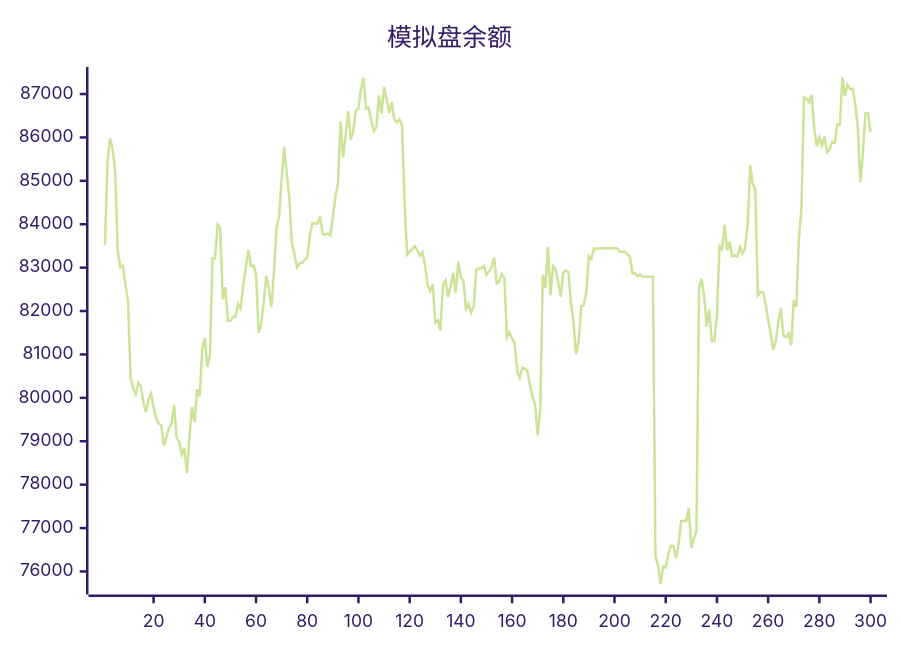
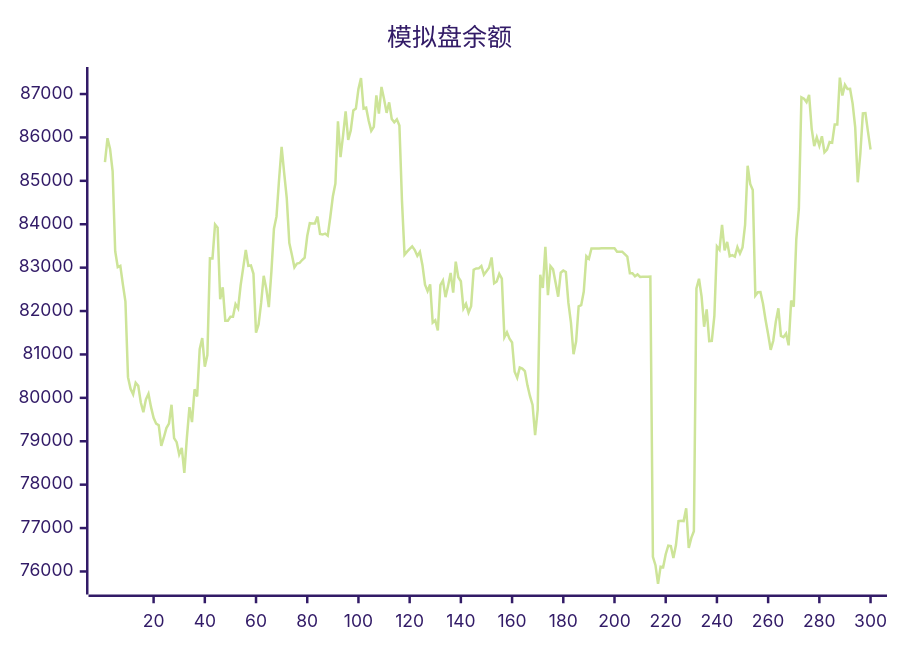
The diagram in README.md (aahl/ai-trading), drawn with Mermaid (forest theme) before and after one commit. The commit also changed other lines of this file and 1 other file, not shown here.

````diff
--- a/README.md
+++ b/README.md
@@ -5,5 +5,5 @@
 ```mermaid
 xychart
     title "模拟盘余额"
-    line [83525,85430,85983,85737,85221,83378,83014,83043,82613,82216,80477,80208,80081,80348,80277,79894,79670,79965,80093,79786,79542,79406,79371,78893,79087,79304,79406,79841,79072,78978,78696,78846,78272,79085,79787,79442,80198,80031,81120,81379,80718,80985,83214,83212,83993,83921,82270,82547,81776,81776,81866,81866,82158,82061,82596,83000,83408,83041,83050,82858,81503,81691,82188,82812,82517,82092,82901,83898,84180,85030,85781,85178,84604,83569,83298,83008,83093,83107,83175,83228,83729,84025,84017,84019,84177,83775,83762,83785,83738,84160,84639,84939,86370,85548,86046,86599,85942,86161,86622,86664,87115,87369,86666,86685,86384,86152,86243,86969,86548,87164,86885,86566,86809,86427,86348,86417,86273,84538,83299,83369,83430,83490,83404,83270,83362,83056,82605,82459,82614,81734,81788,81551,82598,82702,82320,82580,82878,82426,83139,82778,82686,82056,82166,81963,82110,82951,82983,82984,83038,82838,82915,82998,83235,82642,82682,82858,82746,81396,81512,81362,81277,80600,80461,80699,80673,80616,80288,80038,79836,79142,79722,82837,82533,83480,82366,83032,82960,82654,82330,82883,82934,82901,82188,81728,81005,81298,82110,82135,82449,83264,83203,83440,83439,83440,83440,83446,83447,83448,83447,83448,83449,83369,83369,83369,83313,83256,82872,82873,82801,82844,82785,82791,82791,82793,82794,76339,76145,75714,76110,76096,76397,76594,76585,76310,76607,77160,77170,77160,77456,76541,76774,76927,82520,82744,82337,81639,82040,81307,81314,81887,83490,83414,83984,83396,83594,83261,83287,83253,83470,83327,83465,83987,85348,84930,84786,82355,82433,82438,82167,81795,81466,81105,81315,81756,82064,81426,81398,81481,81210,82242,82099,83658,84359,86925,86892,86814,86980,86203,85802,86003,85811,86028,85657,85721,85896,85880,86300,86299,87378,86965,87214,87115,87118,86780,86238,84966,85623,86555,86562,86129]
+    line [85430,85983,85737,85221,83378,83014,83043,82613,82216,80477,80208,80081,80348,80277,79894,79670,79965,80093,79786,79542,79406,79371,78893,79087,79304,79406,79841,79072,78978,78696,78846,78272,79085,79787,79442,80198,80031,81120,81379,80718,80985,83214,83212,83993,83921,82270,82547,81776,81776,81866,81866,82158,82061,82596,83000,83408,83041,83050,82858,81503,81691,82188,82812,82517,82092,82901,83898,84180,85030,85781,85178,84604,83569,83298,83008,83093,83107,83175,83228,83729,84025,84017,84019,84177,83775,83762,83785,83738,84160,84639,84939,86370,85548,86046,86599,85942,86161,86622,86664,87115,87369,86666,86685,86384,86152,86243,86969,86548,87164,86885,86566,86809,86427,86348,86417,86273,84538,83299,83369,83430,83490,83404,83270,83362,83056,82605,82459,82614,81734,81788,81551,82598,82702,82320,82580,82878,82426,83139,82778,82686,82056,82166,81963,82110,82951,82983,82984,83038,82838,82915,82998,83235,82642,82682,82858,82746,81396,81512,81362,81277,80600,80461,80699,80673,80616,80288,80038,79836,79142,79722,82837,82533,83480,82366,83032,82960,82654,82330,82883,82934,82901,82188,81728,81005,81298,82110,82135,82449,83264,83203,83440,83439,83440,83440,83446,83447,83448,83447,83448,83449,83369,83369,83369,83313,83256,82872,82873,82801,82844,82785,82791,82791,82793,82794,76339,76145,75714,76110,76096,76397,76594,76585,76310,76607,77160,77170,77160,77456,76541,76774,76927,82520,82744,82337,81639,82040,81307,81314,81887,83490,83414,83984,83396,83594,83261,83287,83253,83470,83327,83465,83987,85348,84930,84786,82355,82433,82438,82167,81795,81466,81105,81315,81756,82064,81426,81398,81481,81210,82242,82099,83658,84359,86925,86892,86814,86980,86203,85802,86003,85811,86028,85657,85721,85896,85880,86300,86299,87378,86965,87214,87115,87118,86780,86238,84966,85623,86555,86562,86129,85722]
 ```
````
